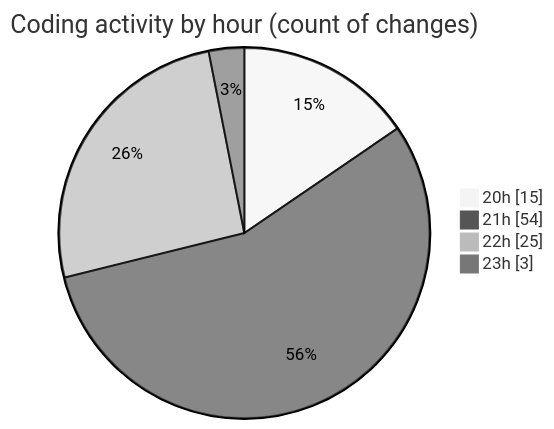
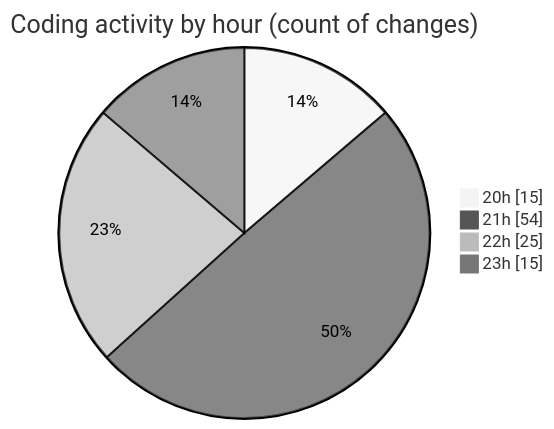
The second of 2 diagrams in 2025-05-02/date/README.md (Netris89/code-tracking), drawn with Mermaid (neutral theme) before and after one commit. The commit also changed other lines of this file and 1 other file, not shown here.

````diff
--- a/2025-05-02/date/README.md
+++ b/2025-05-02/date/README.md
@@ -42,8 +42,8 @@
 ```mermaid
 pie showData
 title Coding activity by hour (count of changes)
 "20h" : 15
 "21h" : 54
 "22h" : 25
-"23h" : 3
+"23h" : 15
 ```
````
